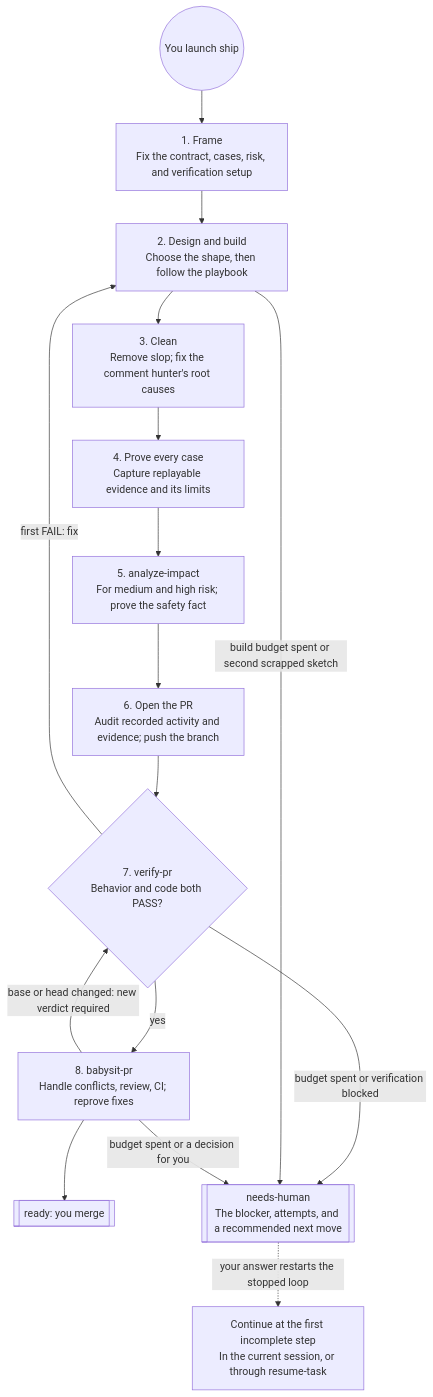
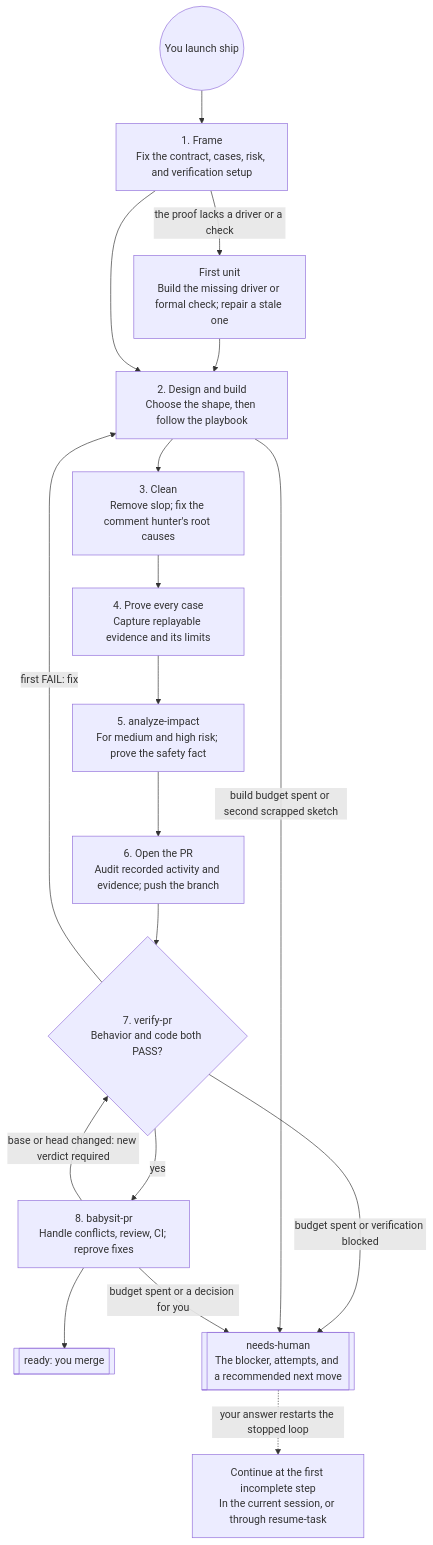
One commit to Ilian-Allaf/skillstack changed the third of 8 diagrams in skills/README.md. Above: the diagram before and after it, drawn with Mermaid. The commit also changed other lines of this file and 4 other files, not shown here.

````diff
--- a/skills/README.md
+++ b/skills/README.md
@@ -80,24 +80,27 @@
 ```mermaid
 flowchart TB
   start(("You launch ship"))
   frame["1. Frame<br/>Fix the contract, cases, risk, and verification setup"]
+  lacks["First unit<br/>Build the missing driver or formal check; repair a stale one"]
   build["2. Design and build<br/>Choose the shape, then follow the playbook"]
   clean["3. Clean<br/>Remove slop; fix the comment hunter's root causes"]
   proof["4. Prove every case<br/>Capture replayable evidence and its limits"]
   impact["5. analyze-impact<br/>For medium and high risk; prove the safety fact"]
   open["6. Open the PR<br/>Audit recorded activity and evidence; push the branch"]
   verdict{"7. verify-pr<br/>Behavior and code both PASS?"}
   babysit["8. babysit-pr<br/>Handle conflicts, review, CI; reprove fixes"]
   ready[["ready: you merge"]]
   human[["needs-human<br/>The blocker, attempts, and a recommended next move"]]
   resume["Continue at the first incomplete step<br/>In the current session, or through resume-task"]
 
-  start --> frame --> build --> clean --> proof --> impact --> open --> verdict
+  start --> frame
+  frame -->|the proof lacks a driver or a check| lacks --> build
+  frame --> build --> clean --> proof --> impact --> open --> verdict
   verdict -->|yes| babysit --> ready
   verdict -->|first FAIL: fix| build
   verdict -->|budget spent or verification blocked| human
   build -->|build budget spent or second scrapped sketch| human
   babysit -->|base or head changed: new verdict required| verdict
   babysit -->|budget spent or a decision for you| human
   human -.->|your answer restarts the stopped loop| resume
 ```
````
